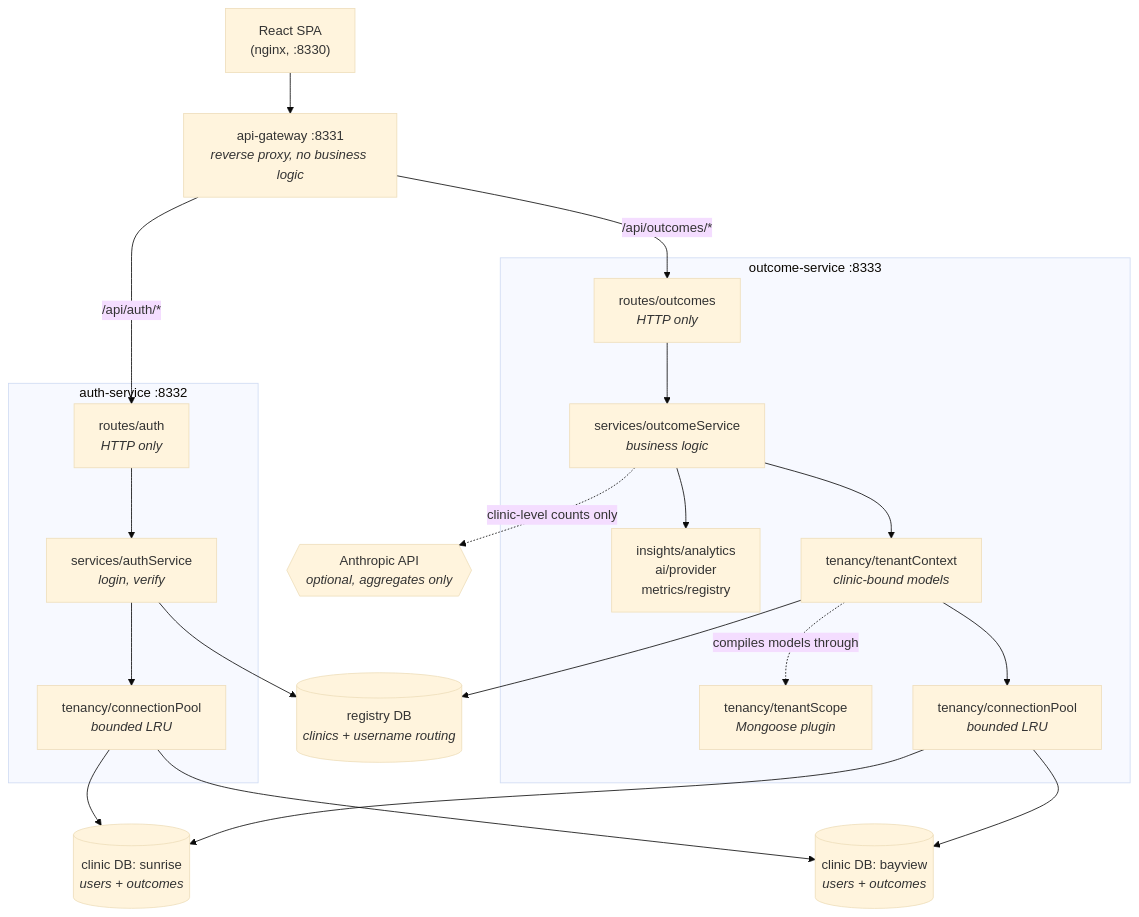
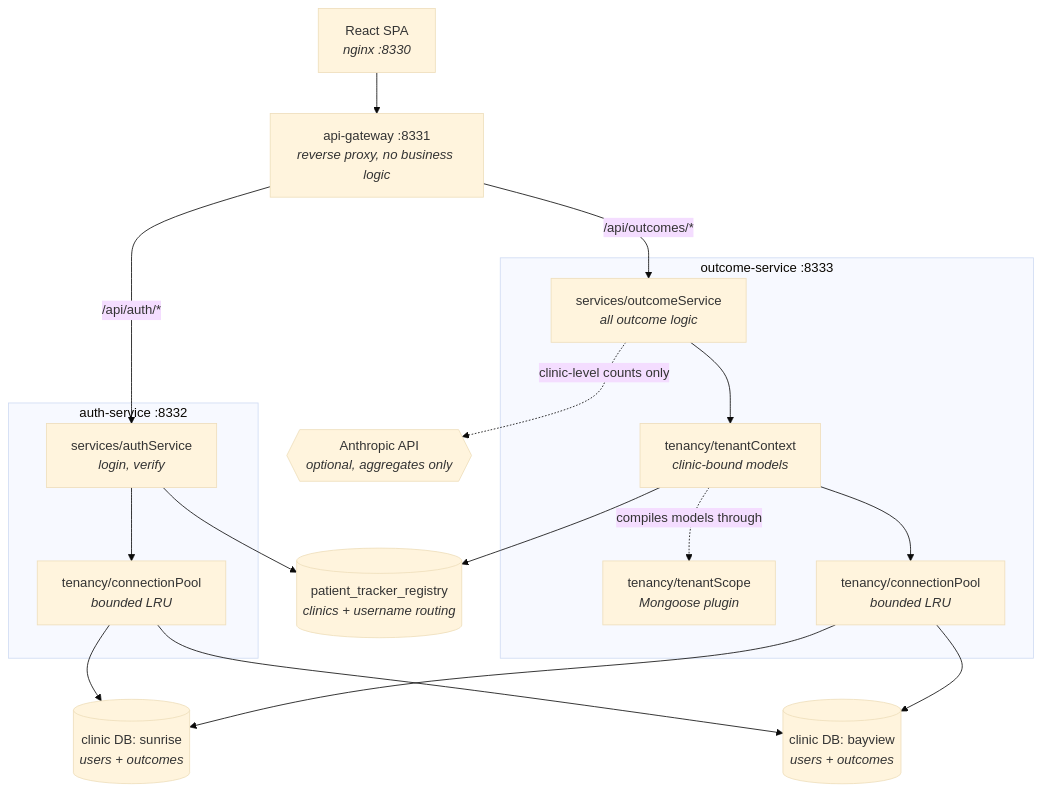
Before and after one commit to dev-sas002/Patient-Outcome-Tracker: the first of 2 diagrams in README.md, drawn with Mermaid (base theme). The commit also changed other lines of this file, not shown here.

````diff
--- a/README.md
+++ b/README.md
@@ -38,42 +30,31 @@
 ```mermaid
 flowchart TB
-    Browser["React SPA<br/>(nginx, :8330)"]
+    Browser["React SPA<br/><i>nginx :8330</i>"]
     GW["api-gateway :8331<br/><i>reverse proxy, no business logic</i>"]
-
     subgraph auth["auth-service :8332"]
-        AR["routes/auth<br/><i>HTTP only</i>"]
         AS["services/authService<br/><i>login, verify</i>"]
         APool["tenancy/connectionPool<br/><i>bounded LRU</i>"]
     end
-
     subgraph outcome["outcome-service :8333"]
-        OR["routes/outcomes<br/><i>HTTP only</i>"]
-        OS["services/outcomeService<br/><i>business logic</i>"]
-        INS["insights/analytics<br/>ai/provider<br/>metrics/registry"]
+        OS["services/outcomeService<br/><i>all outcome logic</i>"]
         TC["tenancy/tenantContext<br/><i>clinic-bound models</i>"]
         TS["tenancy/tenantScope<br/><i>Mongoose plugin</i>"]
         OPool["tenancy/connectionPool<br/><i>bounded LRU</i>"]
     end
-
-    Registry[("registry DB<br/><i>clinics + username routing</i>")]
+    Registry[("patient_tracker_registry<br/><i>clinics + username routing</i>")]
     ClinicA[("clinic DB: sunrise<br/><i>users + outcomes</i>")]
     ClinicB[("clinic DB: bayview<br/><i>users + outcomes</i>")]
-
     Claude{{"Anthropic API<br/><i>optional, aggregates only</i>"}}
-
     Browser --> GW
-    GW -->|/api/auth/*| AR
-    GW -->|/api/outcomes/*| OR
-
-    AR --> AS --> APool
+    GW -->|/api/auth/*| AS
+    GW -->|/api/outcomes/*| OS
+    AS --> APool
     AS --> Registry
-    OR --> OS --> TC
-    OS --> INS
+    OS --> TC
+    TC --> Registry
     TC --> OPool
     TC -.->|compiles models through| TS
     OS -.->|"clinic-level counts only"| Claude
-
     APool --> ClinicA & ClinicB
     OPool --> ClinicA & ClinicB
-    TC --> Registry
 ```
````
